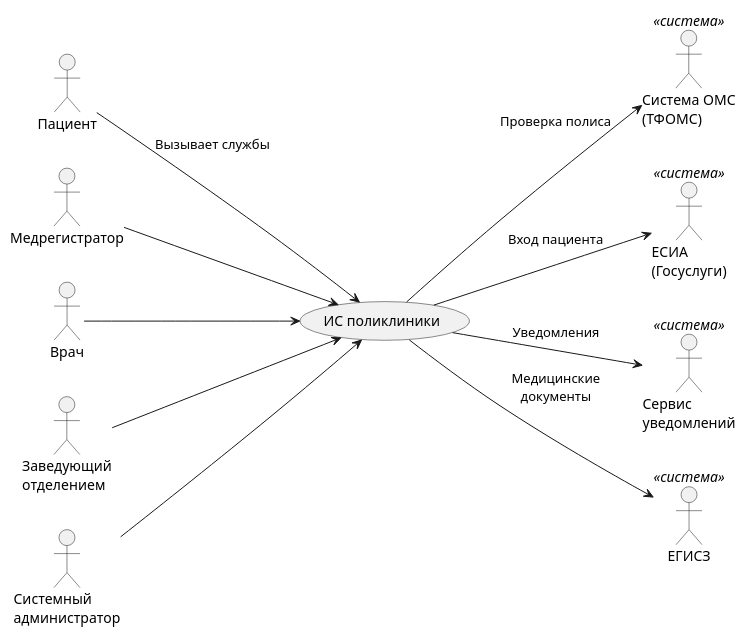
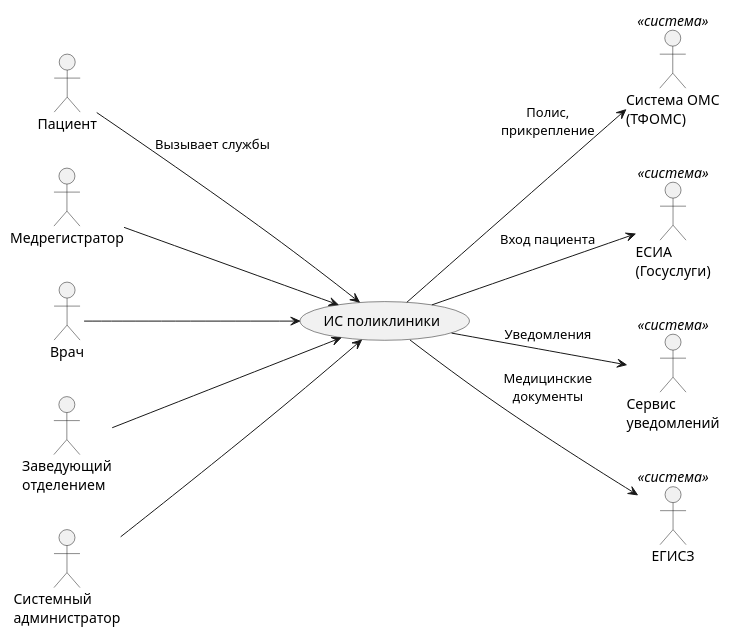
One commit to penamarth/bsbo-11-24_team3_var3_clinic changed the diagram in Видение.md. Above: the diagram before and after it, drawn with PlantUML. The commit also changed other lines of this file and 2 other files, not shown here.

Commit message:
диаграмма прецедентов + новые правила

````diff
--- a/Видение.md
+++ b/Видение.md
@@ -63,36 +63,36 @@
 ```plantuml
 @startuml
 
 skinparam packageStyle rect
 left to right direction
 
 together {
 actor Пациент as Patient
 actor Медрегистратор as Registrar
 actor Врач as Doctor
 actor "Заведующий\nотделением" as Head
 actor "Системный\nадминистратор" as Admin
 }
 
 (ИС поликлиники) as IS
 
 Patient --> IS : Вызывает службы
 Registrar --> IS
 Doctor --> IS
 Head --> IS
 Admin --> IS
 
 together {
 actor "Система ОМС\n(ТФОМС)" as OMS <<система>>
 actor "ЕСИА\n(Госуслуги)" as ESIA <<система>>
 actor "Сервис\nуведомлений" as Notify <<система>>
 actor "ЕГИСЗ" as EGISZ <<система>>
 }
 
-IS --> OMS : Проверка полиса
+IS --> OMS : Полис,\nприкрепление
 IS --> ESIA : Вход пациента
 IS --> Notify : Уведомления
 IS --> EGISZ : Медицинские\nдокументы
 
 @enduml
 ```
````
